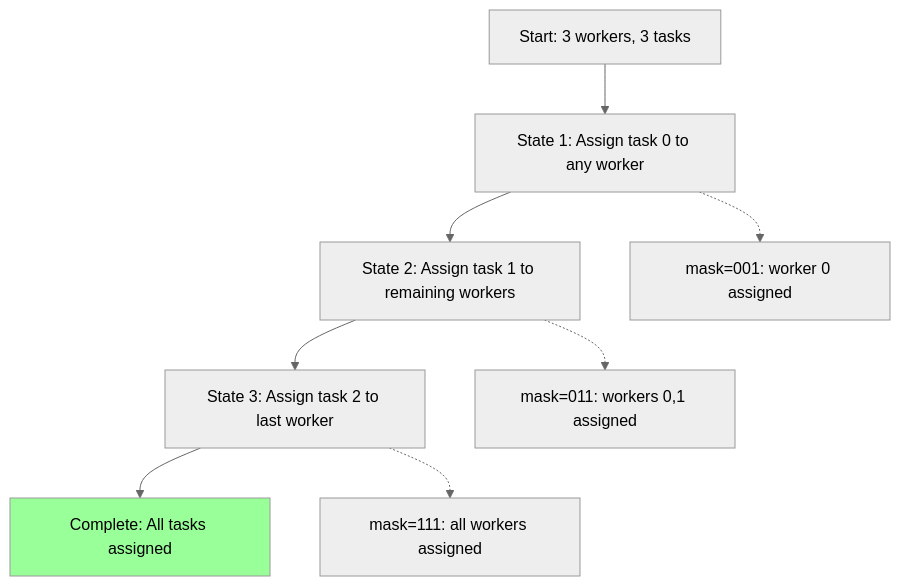
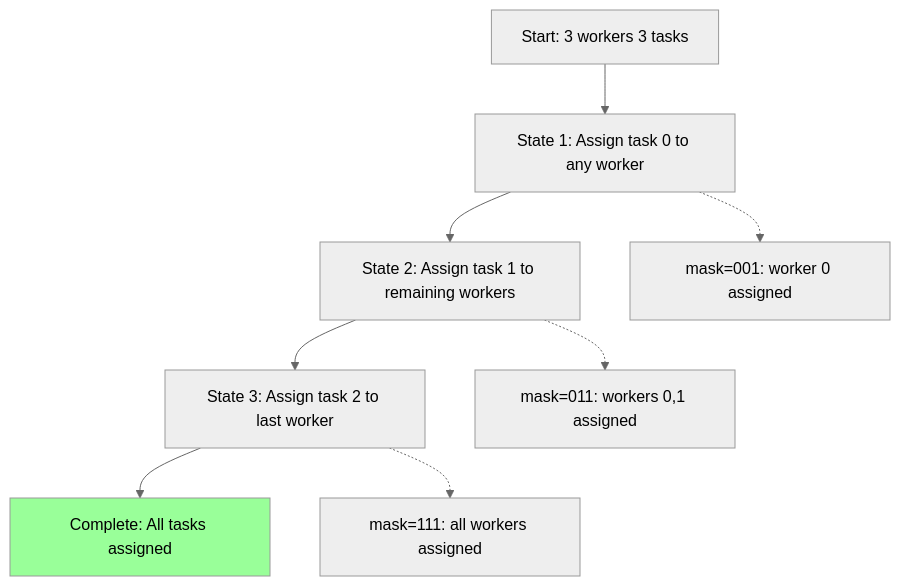
One commit to proxyroot/proxyroot.github.io changed the sixth of 6 diagrams in _posts/2023-04-11-bitmask-dp-overview.markdown. Above: the diagram before and after it, drawn with Mermaid (neutral theme).

Commit message:
comments

````diff
--- a/_posts/2023-04-11-bitmask-dp-overview.markdown
+++ b/_posts/2023-04-11-bitmask-dp-overview.markdown
@@ -368,20 +368,20 @@
 ```mermaid
 graph TD
-    Start[Start: 3 workers, 3 tasks]
+    Start[Start: 3 workers 3 tasks]
     State1[State 1: Assign task 0 to any worker]
     State2[State 2: Assign task 1 to remaining workers]
     State3[State 3: Assign task 2 to last worker]
     Complete[Complete: All tasks assigned]
     
     Start --> State1 --> State2 --> State3 --> Complete
     
     Mask1[mask=001: worker 0 assigned]
     Mask2[mask=011: workers 0,1 assigned]
     Mask3[mask=111: all workers assigned]
     
     State1 -.-> Mask1
     State2 -.-> Mask2
     State3 -.-> Mask3
     
     style Complete fill:#99ff99
 ```
````
